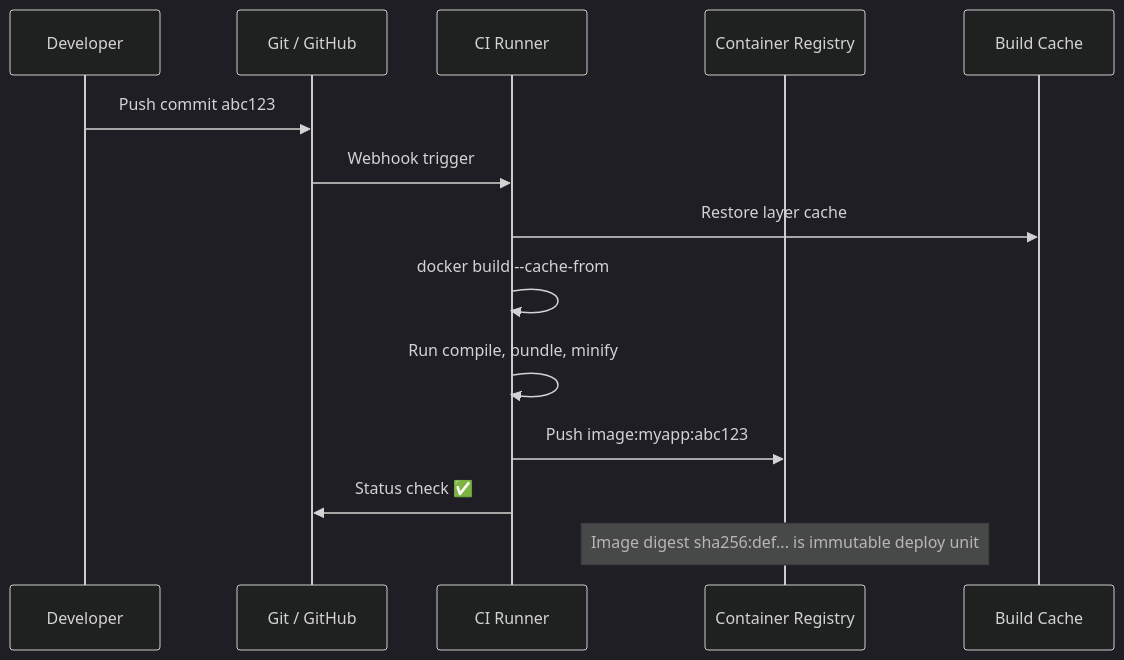
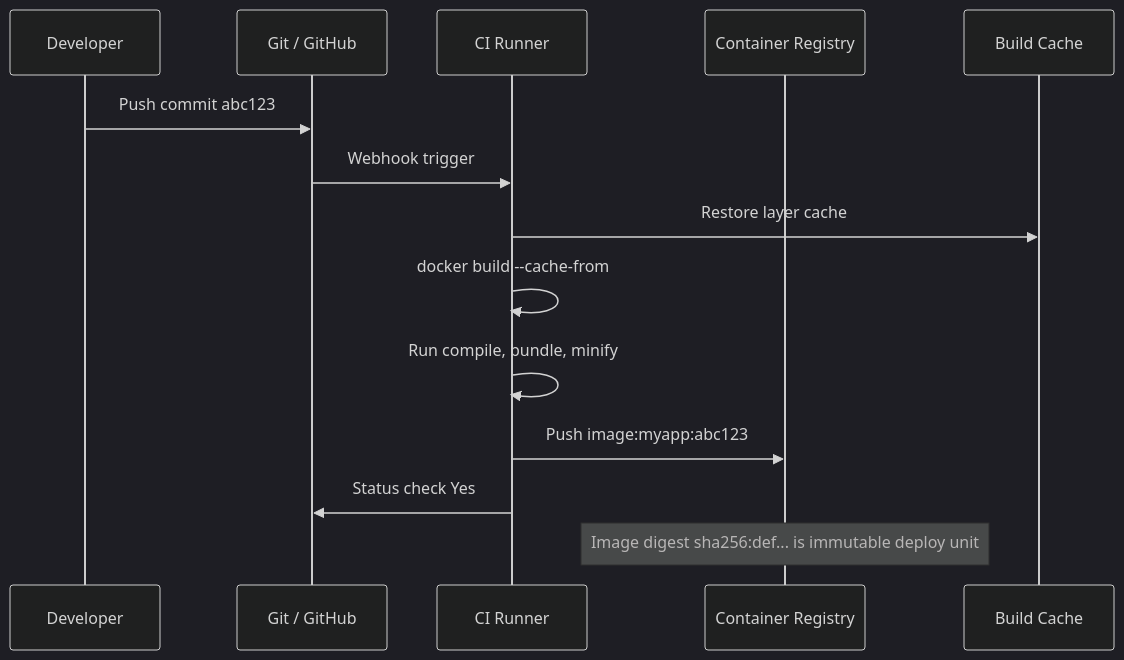
The sixth of 48 diagrams in 09-infrastructure/32-cicd-deployment-strategies.md (billywr/system-design), drawn with Mermaid (dark theme) before and after one commit. The commit also changed other lines of this file and 39 other files, not shown here.

````diff
--- a/09-infrastructure/32-cicd-deployment-strategies.md
+++ b/09-infrastructure/32-cicd-deployment-strategies.md
@@ -206,17 +206,17 @@
 ```mermaid
 sequenceDiagram
     participant Dev as Developer
     participant VCS as Git / GitHub
     participant CI as CI Runner
     participant REG as Container Registry
     participant CACHE as Build Cache
 
     Dev->>VCS: Push commit abc123
     VCS->>CI: Webhook trigger
     CI->>CACHE: Restore layer cache
     CI->>CI: docker build --cache-from
     CI->>CI: Run compile, bundle, minify
     CI->>REG: Push image:myapp:abc123
-    CI->>VCS: Status check ✅
+    CI->>VCS: Status check Yes
     Note over REG: Image digest sha256:def... is immutable deploy unit
 ```
````
